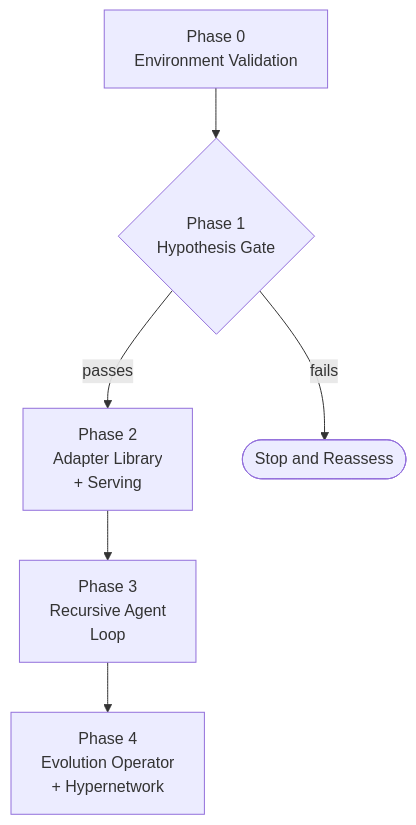
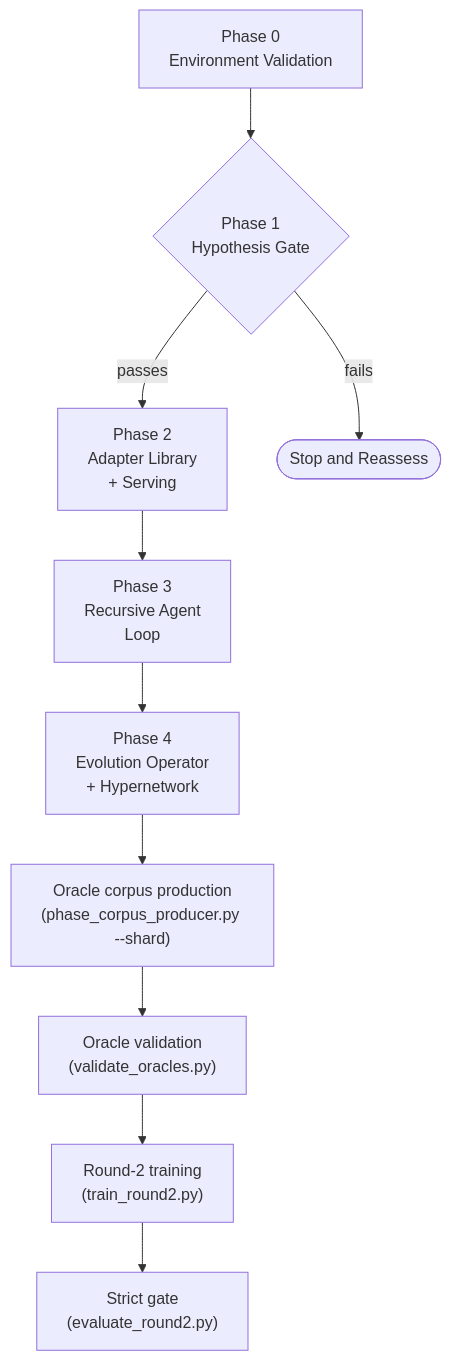
Before and after one commit to ElixirTrials/rune: the diagram in docs/implementation-plan.md, drawn with Mermaid. The commit also changed other lines of this file and 24 other files, not shown here.

First line of the commit message:
docs: sync docs for PR #28 training upgrade + round-2 distillation

````diff
--- a/docs/implementation-plan.md
+++ b/docs/implementation-plan.md
@@ -58,9 +72,13 @@
 ```mermaid
 flowchart TD
     P0["Phase 0<br>Environment Validation"] --> P1
     P1{"Phase 1<br>Hypothesis Gate"} -->|passes| P2
     P1 -->|fails| Stop([Stop and Reassess])
     P2["Phase 2<br>Adapter Library<br>+ Serving"] --> P3
     P3["Phase 3<br>Recursive Agent<br>Loop"] --> P4
     P4["Phase 4<br>Evolution Operator<br>+ Hypernetwork"]
+    P4 --> OracleCorpus["Oracle corpus production<br>(phase_corpus_producer.py --shard)"]
+    OracleCorpus --> OracleValidation["Oracle validation<br>(validate_oracles.py)"]
+    OracleValidation --> Round2Train["Round-2 training<br>(train_round2.py)"]
+    Round2Train --> Round2Gate["Strict gate<br>(evaluate_round2.py)"]
 ```
````
